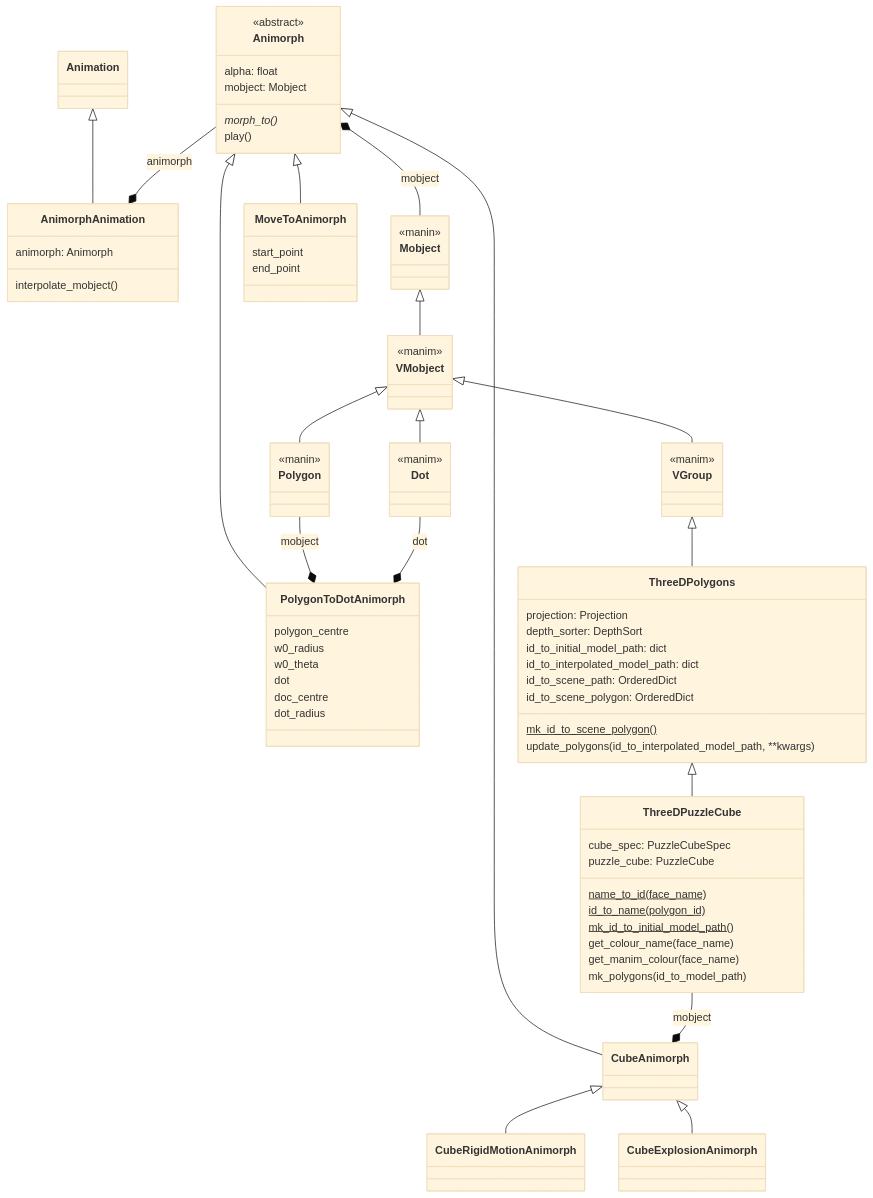
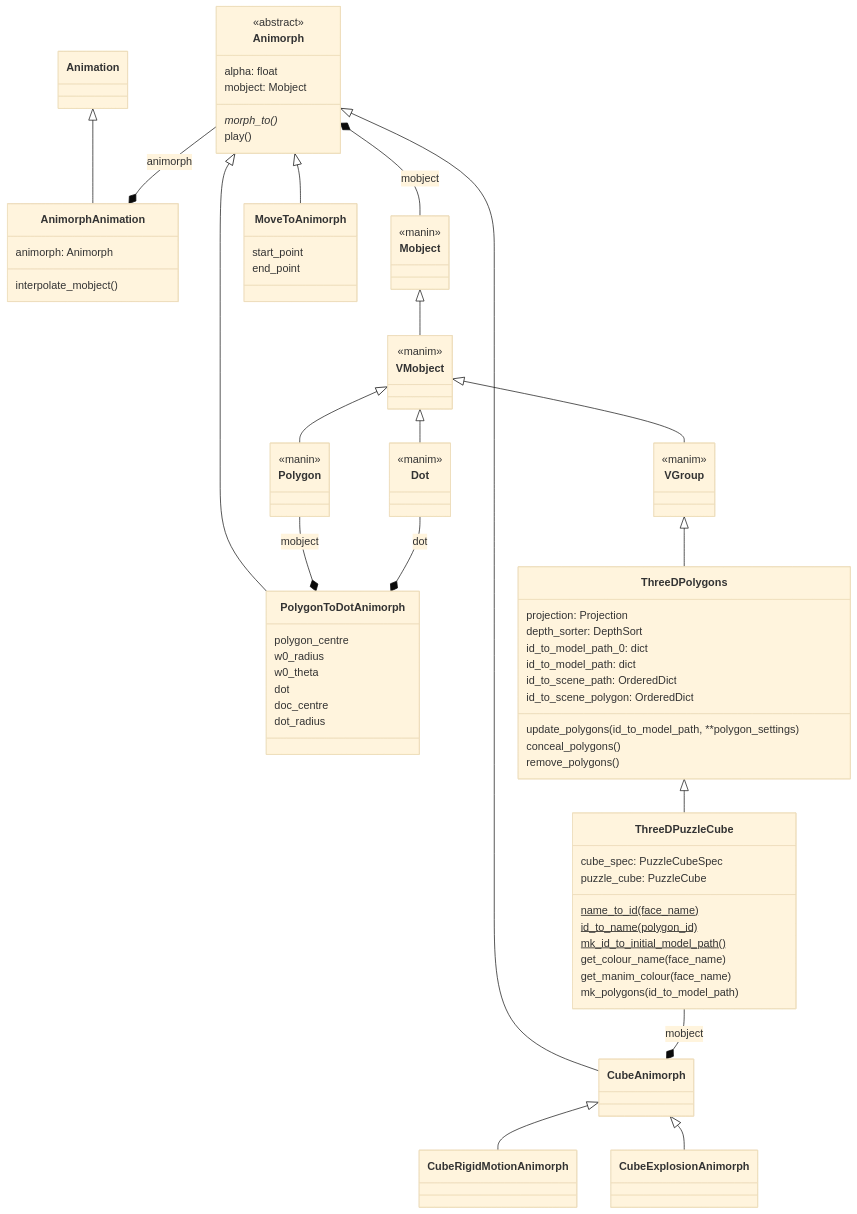
Before and after one commit to agryman/instant-insanity: the diagram in docs/uml/animators.md, drawn with Mermaid (base theme). The commit also changed 3 other files, not shown here.

````diff
--- a/docs/uml/animators.md
+++ b/docs/uml/animators.md
@@ -5,76 +5,77 @@
 ```mermaid
 classDiagram
     Animation <|-- AnimorphAnimation
     Animorph *-- Mobject  : mobject
     Animorph <|-- MoveToAnimorph
     Animorph <|-- PolygonToDotAnimorph
     Animorph <|-- CubeAnimorph
     ThreeDPuzzleCube --* CubeAnimorph : mobject
     CubeAnimorph <|-- CubeRigidMotionAnimorph
     CubeAnimorph <|-- CubeExplosionAnimorph
     Animorph --* AnimorphAnimation : animorph
     Mobject <|-- VMobject
     VMobject <|-- Polygon
     VMobject <|-- Dot
     Polygon --* PolygonToDotAnimorph : mobject
     Dot --* PolygonToDotAnimorph : dot
     VMobject <|-- VGroup
     VGroup <|-- ThreeDPolygons
     ThreeDPolygons <|-- ThreeDPuzzleCube
     
     <<manin>> Mobject
     <<manim>> VMobject
     <<manim>> VGroup
     <<manim>> Dot
     <<manin>> Polygon
     
     class ThreeDPolygons {
         projection: Projection
         depth_sorter: DepthSort
-        id_to_initial_model_path: dict
-        id_to_interpolated_model_path: dict
+        id_to_model_path_0: dict
+        id_to_model_path: dict
         id_to_scene_path: OrderedDict
         id_to_scene_polygon: OrderedDict
-        mk_id_to_scene_polygon()$
-        update_polygons(id_to_interpolated_model_path, **kwargs)
+        update_polygons(id_to_model_path, **polygon_settings)
+        conceal_polygons()
+        remove_polygons()
     }
     
     class ThreeDPuzzleCube {
         cube_spec: PuzzleCubeSpec
         puzzle_cube: PuzzleCube
         name_to_id(face_name)$
         id_to_name(polygon_id)$
         mk_id_to_initial_model_path()$
         get_colour_name(face_name)
         get_manim_colour(face_name)
         mk_polygons(id_to_model_path)
         
     }
     
     class Animorph {
         alpha: float
         mobject: Mobject
         morph_to()*
         play()
     }
     <<abstract>> Animorph
     
     class MoveToAnimorph {
         start_point
         end_point
     }
     
     class PolygonToDotAnimorph {
         polygon_centre
         w0_radius
         w0_theta
         dot
         doc_centre
         dot_radius
     }
  
     class AnimorphAnimation {
         animorph: Animorph
         interpolate_mobject()
     }
 ```
````
